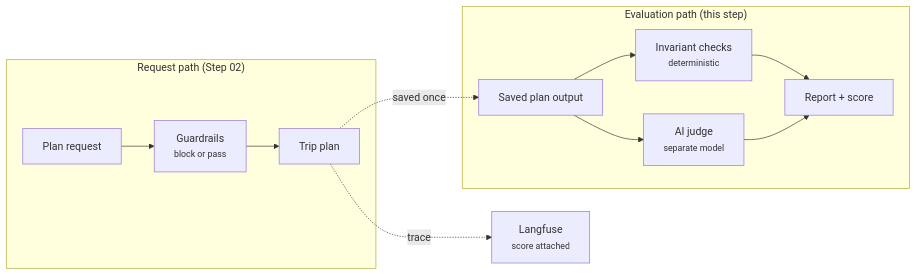
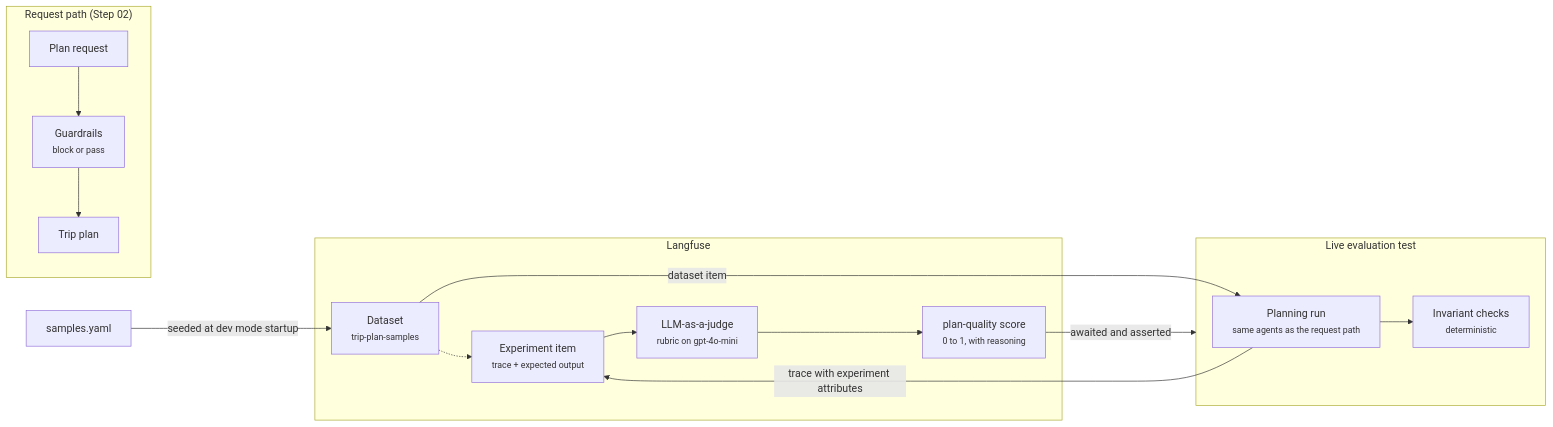
Before and after one commit to quarkusio/quarkus-workshop-langchain4j: the diagram in docs/docs/section-3/step-07.md, drawn with Mermaid. The commit also changed other lines of this file and 24 other files, not shown here.

````diff
--- a/docs/docs/section-3/step-07.md
+++ b/docs/docs/section-3/step-07.md
@@ -15,17 +15,28 @@
 ```mermaid
 flowchart LR
     subgraph runtime["Request path (Step 02)"]
         req["Plan request"] --> gr["Guardrails<br/><small>block or pass</small>"]
         gr --> plan["Trip plan"]
     end
 
-    subgraph eval["Evaluation path (this step)"]
-        saved["Saved plan output"] --> inv["Invariant checks<br/><small>deterministic</small>"]
-        saved --> judge["AI judge<br/><small>separate model</small>"]
-        inv --> rep["Report + score"]
-        judge --> rep
-        plan -.->|"saved once"| saved
+    yaml["samples.yaml"] -->|"seeded at dev mode startup"| ds
+
+    subgraph lf["Langfuse"]
+        ds["Dataset<br/><small>trip-plan-samples</small>"]
+        item["Experiment item<br/><small>trace + expected output</small>"]
+        judge["LLM-as-a-judge<br/><small>rubric on gpt-4o-mini</small>"]
+        score["plan-quality score<br/><small>0 to 1, with reasoning</small>"]
+        ds -.-> item
+        item --> judge --> score
     end
 
-    plan -.->|"trace"| lf["Langfuse<br/><small>score attached</small>"]
+    subgraph test["Live evaluation test"]
+        run["Planning run<br/><small>same agents as the request path</small>"]
+        inv["Invariant checks<br/><small>deterministic</small>"]
+        run --> inv
+    end
+
+    ds -->|"dataset item"| run
+    run -->|"trace with experiment attributes"| item
+    score -->|"awaited and asserted"| test
 ```
````
